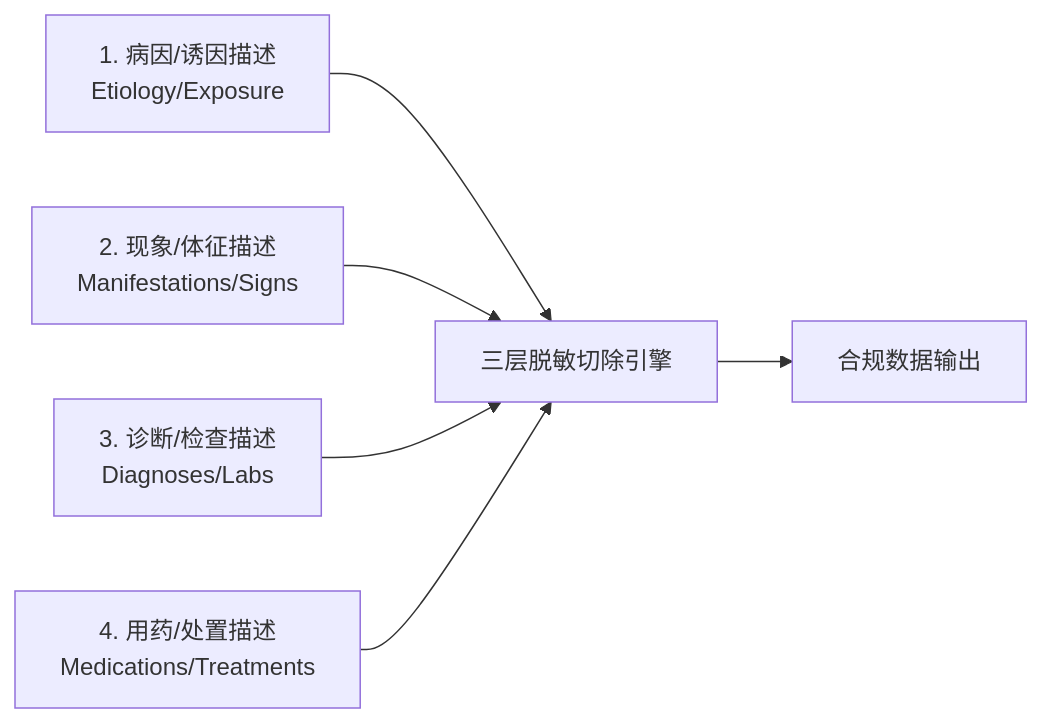
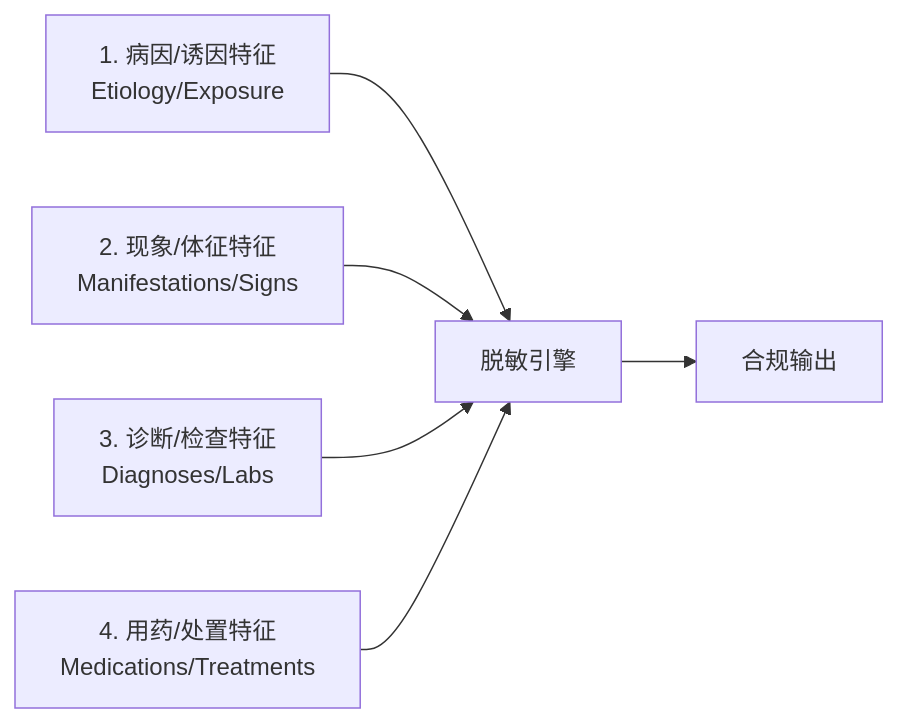
One commit to fengzhizi319/PrivShield changed the first of 4 diagrams in docs/medical_pipeline/redaction_algorithm_specification.md. Above: the diagram before and after it, drawn with Mermaid. The commit also changed other lines of this file, not shown here.

````diff
--- a/docs/medical_pipeline/redaction_algorithm_specification.md
+++ b/docs/medical_pipeline/redaction_algorithm_specification.md
@@ -35,8 +68,8 @@
 ```mermaid
 graph LR
-    Pillar1[1. 病因/诱因描述\nEtiology/Exposure] --> RedactEngine[三层脱敏切除引擎]
-    Pillar2[2. 现象/体征描述\nManifestations/Signs] --> RedactEngine
-    Pillar3[3. 诊断/检查描述\nDiagnoses/Labs] --> RedactEngine
-    Pillar4[4. 用药/处置描述\nMedications/Treatments] --> RedactEngine
-    RedactEngine --> SafeText[合规数据输出]
+    P1[1. 病因/诱因特征<br>Etiology/Exposure] --> Engine[脱敏引擎]
+    P2[2. 现象/体征特征<br>Manifestations/Signs] --> Engine
+    P3[3. 诊断/检查特征<br>Diagnoses/Labs] --> Engine
+    P4[4. 用药/处置特征<br>Medications/Treatments] --> Engine
+    Engine --> SafeText[合规输出]
 ```
````
